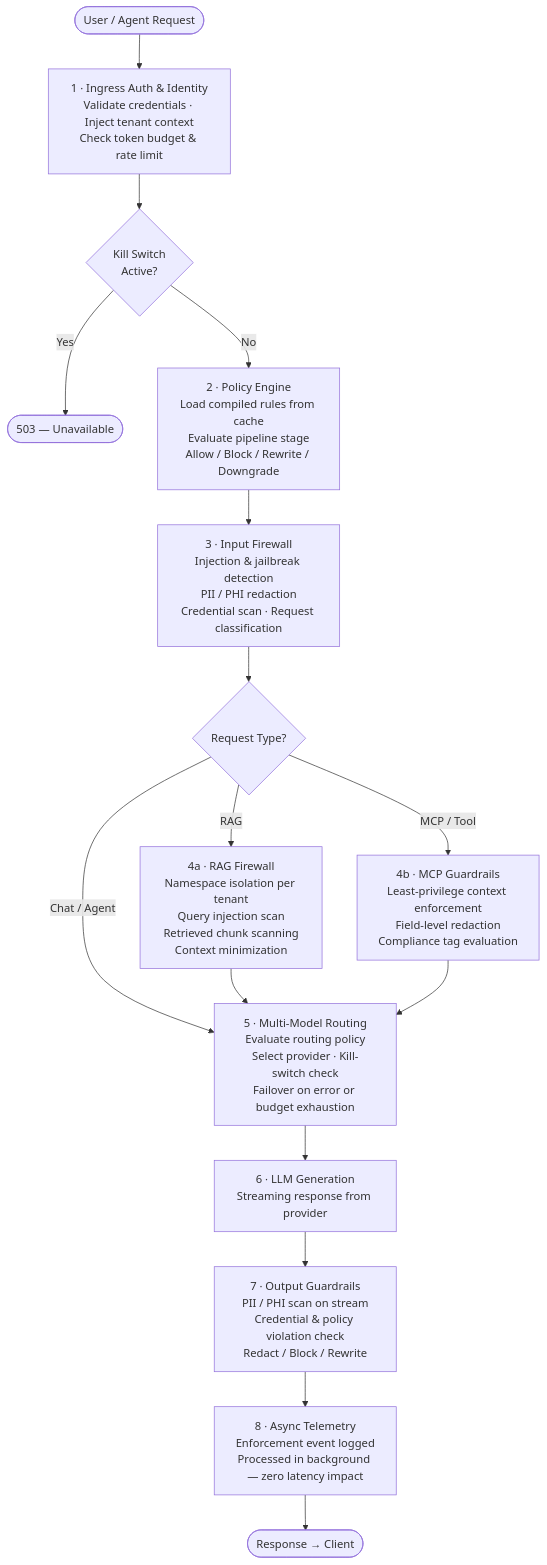
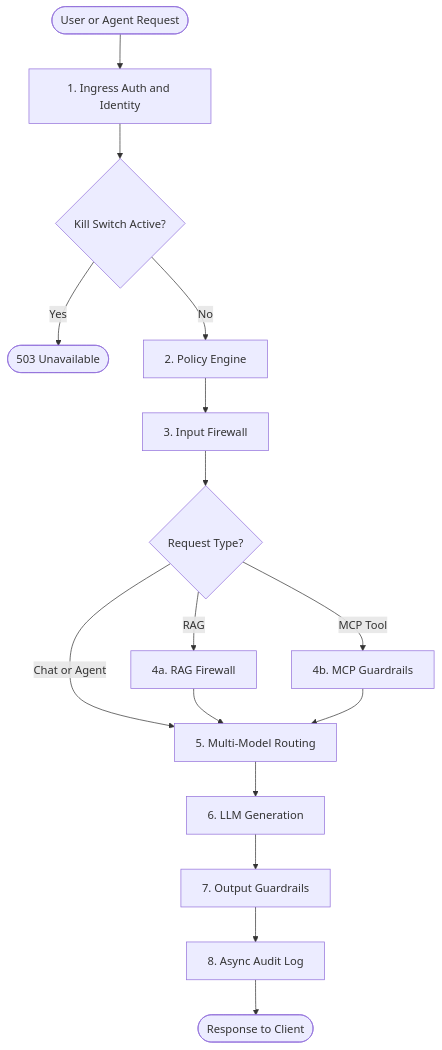
Before and after one commit to vartulzeroshieldai/AIMeshFirewall: the third of 7 diagrams in README.md, drawn with Mermaid. The commit also changed other lines of this file, not shown here.

````diff
--- a/README.md
+++ b/README.md
@@ -179,36 +166,30 @@
 ```mermaid
-flowchart TD
-    START(["User / Agent Request"]) --> AUTH
+graph TD
+    START([User or Agent Request]) --> AUTH
 
-    AUTH["1 · Ingress Auth & Identity<br/>Validate credentials · Inject tenant context<br/>Check token budget & rate limit"]
-    AUTH --> KS
+    AUTH[1. Ingress Auth and Identity] --> KS
 
-    KS{"Kill Switch<br/>Active?"}
-    KS -- "Yes" --> ERR503(["503 — Unavailable"])
-    KS -- "No" --> POL
+    KS{Kill Switch Active?}
+    KS -- Yes --> ERR503([503 Unavailable])
+    KS -- No --> POL
 
-    POL["2 · Policy Engine<br/>Load compiled rules from cache<br/>Evaluate pipeline stage<br/>Allow / Block / Rewrite / Downgrade"]
-    POL --> INPUT
+    POL[2. Policy Engine] --> INPUT
 
-    INPUT["3 · Input Firewall<br/>Injection & jailbreak detection<br/>PII / PHI redaction<br/>Credential scan · Request classification"]
-    INPUT --> RAGCHECK
+    INPUT[3. Input Firewall] --> RAGCHECK
 
-    RAGCHECK{"Request Type?"}
-    RAGCHECK -- "RAG" --> RAG
-    RAGCHECK -- "MCP / Tool" --> MCP
-    RAGCHECK -- "Chat / Agent" --> ROUTE
+    RAGCHECK{Request Type?}
+    RAGCHECK -- RAG --> RAG
+    RAGCHECK -- MCP Tool --> MCP
+    RAGCHECK -- Chat or Agent --> ROUTE
 
-    RAG["4a · RAG Firewall<br/>Namespace isolation per tenant<br/>Query injection scan<br/>Retrieved chunk scanning<br/>Context minimization"]
-    RAG --> ROUTE
+    RAG[4a. RAG Firewall] --> ROUTE
+    MCP[4b. MCP Guardrails] --> ROUTE
 
-    MCP["4b · MCP Guardrails<br/>Least-privilege context enforcement<br/>Field-level redaction<br/>Compliance tag evaluation"]
-    MCP --> ROUTE
+    ROUTE[5. Multi-Model Routing] --> LLM
 
-    ROUTE["5 · Multi-Model Routing<br/>Evaluate routing policy<br/>Select provider · Kill-switch check<br/>Failover on error or budget exhaustion"]
-    ROUTE --> LLM["6 · LLM Generation<br/>Streaming response from provider"]
+    LLM[6. LLM Generation] --> OUT
 
-    LLM --> OUT["7 · Output Guardrails<br/>PII / PHI scan on stream<br/>Credential & policy violation check<br/>Redact / Block / Rewrite"]
+    OUT[7. Output Guardrails] --> TEL
 
-    OUT --> TEL["8 · Async Telemetry<br/>Enforcement event logged<br/>Processed in background — zero latency impact"]
-    TEL --> RESP(["Response → Client"])
+    TEL[8. Async Audit Log] --> RESP([Response to Client])
 ```
````
